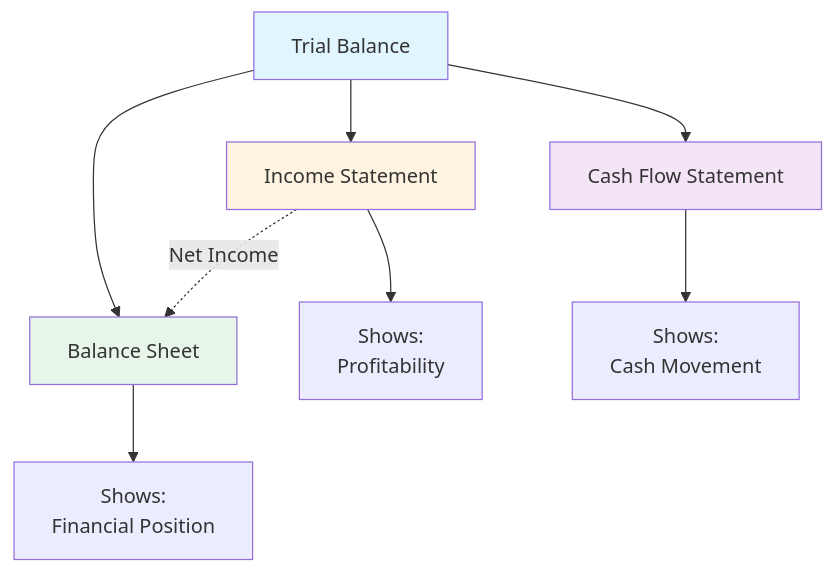
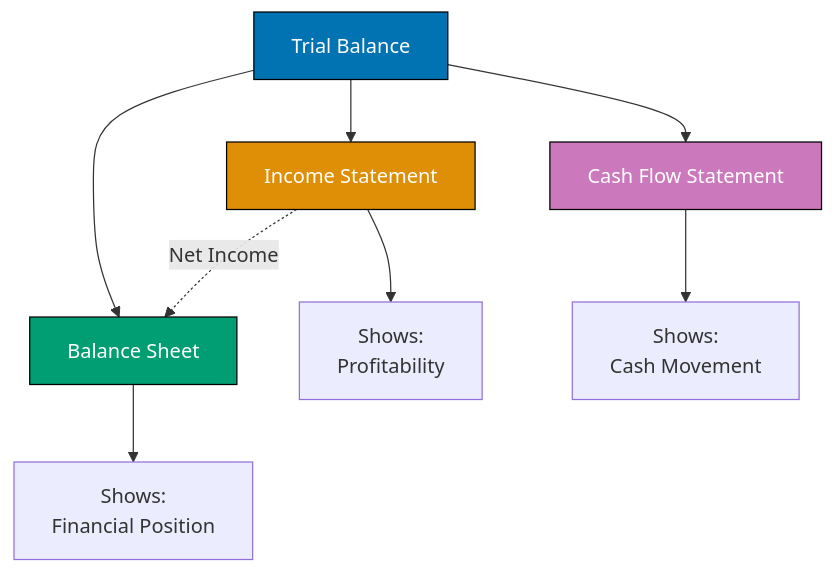
Before and after one commit to wahidyankf/open-sharia-enterprise: the seventh of 8 diagrams in docs/tutorials/business-and-finance/tu-bufi__accounting.md, drawn with Mermaid. The commit also changed other lines of this file and 22 other files, not shown here.

First line of the commit message:
docs(diagrams): ensure all mermaid diagrams use color-blind friendly palette

````diff
--- a/docs/tutorials/business-and-finance/tu-bufi__accounting.md
+++ b/docs/tutorials/business-and-finance/tu-bufi__accounting.md
@@ -902,17 +923,17 @@
 ```mermaid
 flowchart TD
 	TB[Trial Balance] --> IS[Income Statement]
 	TB --> BS[Balance Sheet]
 	TB --> CF[Cash Flow Statement]
 
 	IS -.Net Income.-> BS
 
 	IS --> D1[Shows:<br/>Profitability]
 	BS --> D2[Shows:<br/>Financial Position]
 	CF --> D3[Shows:<br/>Cash Movement]
 
-	style TB fill:#e1f5ff
-	style IS fill:#fff4e1
-	style BS fill:#e8f5e9
-	style CF fill:#f3e5f5
+	style TB fill:#0173B2,stroke:#000000,color:#FFFFFF
+	style IS fill:#DE8F05,stroke:#000000,color:#FFFFFF
+	style BS fill:#029E73,stroke:#000000,color:#FFFFFF
+	style CF fill:#CC78BC,stroke:#000000,color:#FFFFFF
 ```
````
